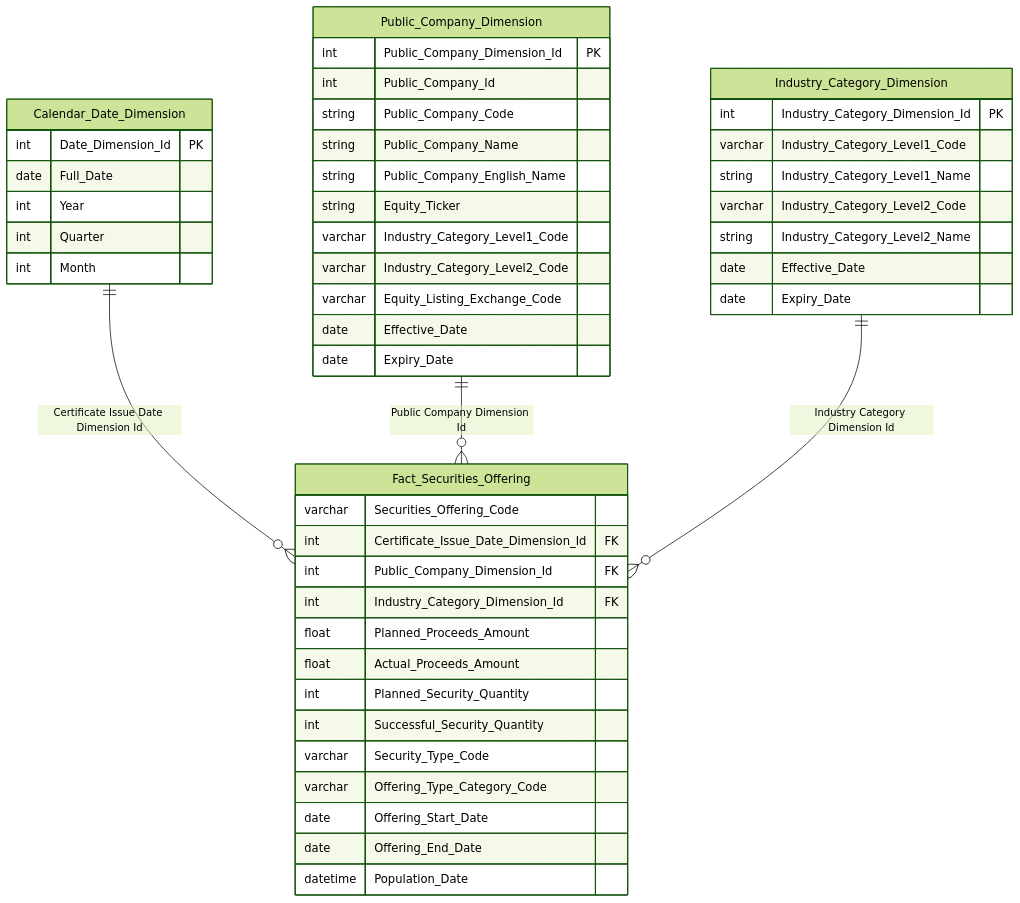
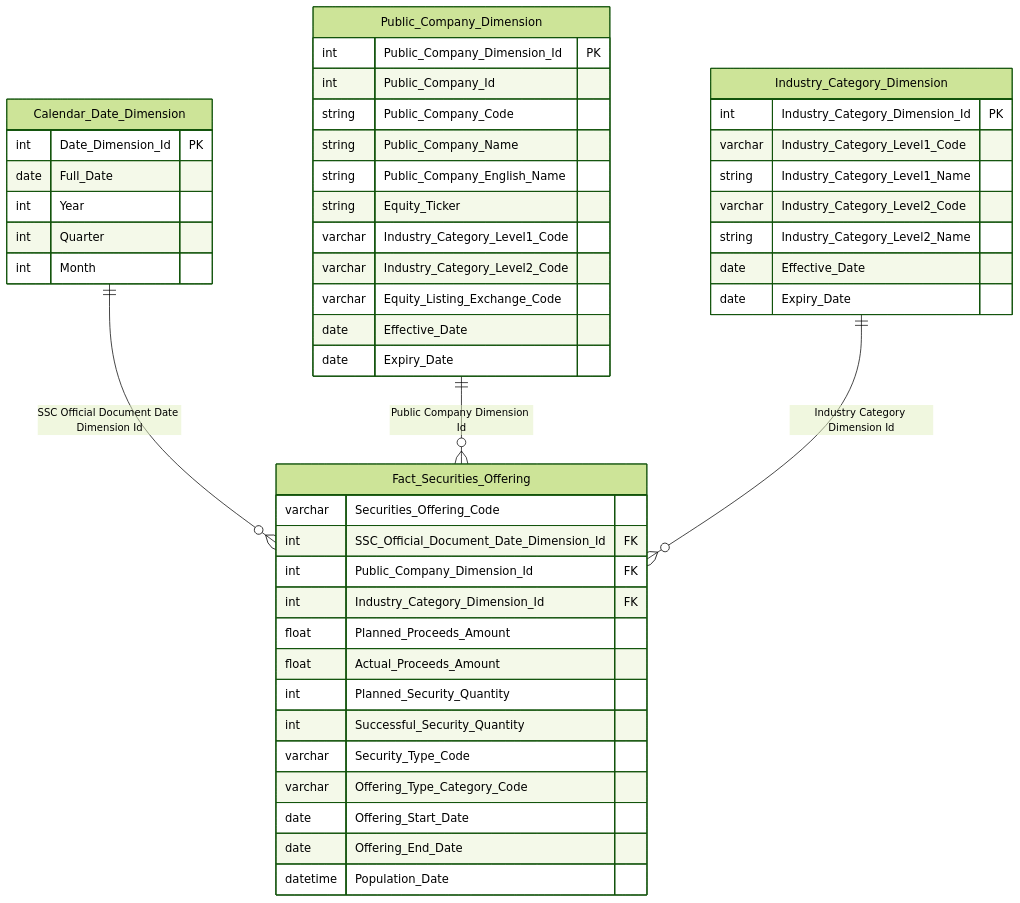
The fourth of 14 diagrams in Gold/hld/GOLD_QLCB_HLD.md (linhlvit/ubck_atomic_design), drawn with Mermaid (forest theme) before and after one commit. The commit also changed other lines of this file and 9 other files, not shown here.

````diff
--- a/Gold/hld/GOLD_QLCB_HLD.md
+++ b/Gold/hld/GOLD_QLCB_HLD.md
@@ -157,51 +157,51 @@
 ```mermaid
 erDiagram
     Calendar_Date_Dimension {
         int Date_Dimension_Id PK
         date Full_Date
         int Year
         int Quarter
         int Month
     }
     Public_Company_Dimension {
         int Public_Company_Dimension_Id PK
         int Public_Company_Id
         string Public_Company_Code
         string Public_Company_Name
         string Public_Company_English_Name
         string Equity_Ticker
         varchar Industry_Category_Level1_Code
         varchar Industry_Category_Level2_Code
         varchar Equity_Listing_Exchange_Code
         date Effective_Date
         date Expiry_Date
     }
     Industry_Category_Dimension {
         int Industry_Category_Dimension_Id PK
         varchar Industry_Category_Level1_Code
         string Industry_Category_Level1_Name
         varchar Industry_Category_Level2_Code
         string Industry_Category_Level2_Name
         date Effective_Date
         date Expiry_Date
     }
     Fact_Securities_Offering {
         varchar Securities_Offering_Code
-        int Certificate_Issue_Date_Dimension_Id FK
+        int SSC_Official_Document_Date_Dimension_Id FK
         int Public_Company_Dimension_Id FK
         int Industry_Category_Dimension_Id FK
         float Planned_Proceeds_Amount
         float Actual_Proceeds_Amount
         int Planned_Security_Quantity
         int Successful_Security_Quantity
         varchar Security_Type_Code
         varchar Offering_Type_Category_Code
         date Offering_Start_Date
         date Offering_End_Date
         datetime Population_Date
     }
 
-    Calendar_Date_Dimension ||--o{ Fact_Securities_Offering : "Certificate Issue Date Dimension Id"
+    Calendar_Date_Dimension ||--o{ Fact_Securities_Offering : "SSC Official Document Date Dimension Id"
     Public_Company_Dimension ||--o{ Fact_Securities_Offering : "Public Company Dimension Id"
     Industry_Category_Dimension ||--o{ Fact_Securities_Offering : "Industry Category Dimension Id"
 ```
````
